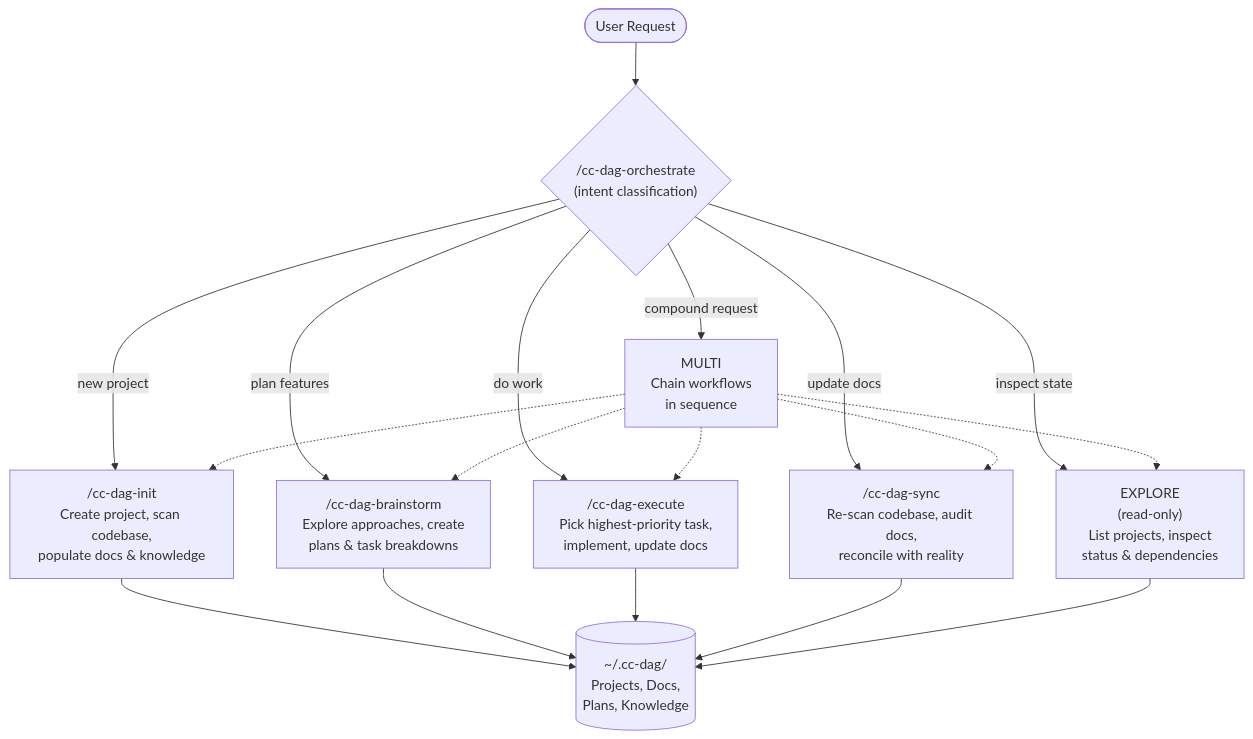
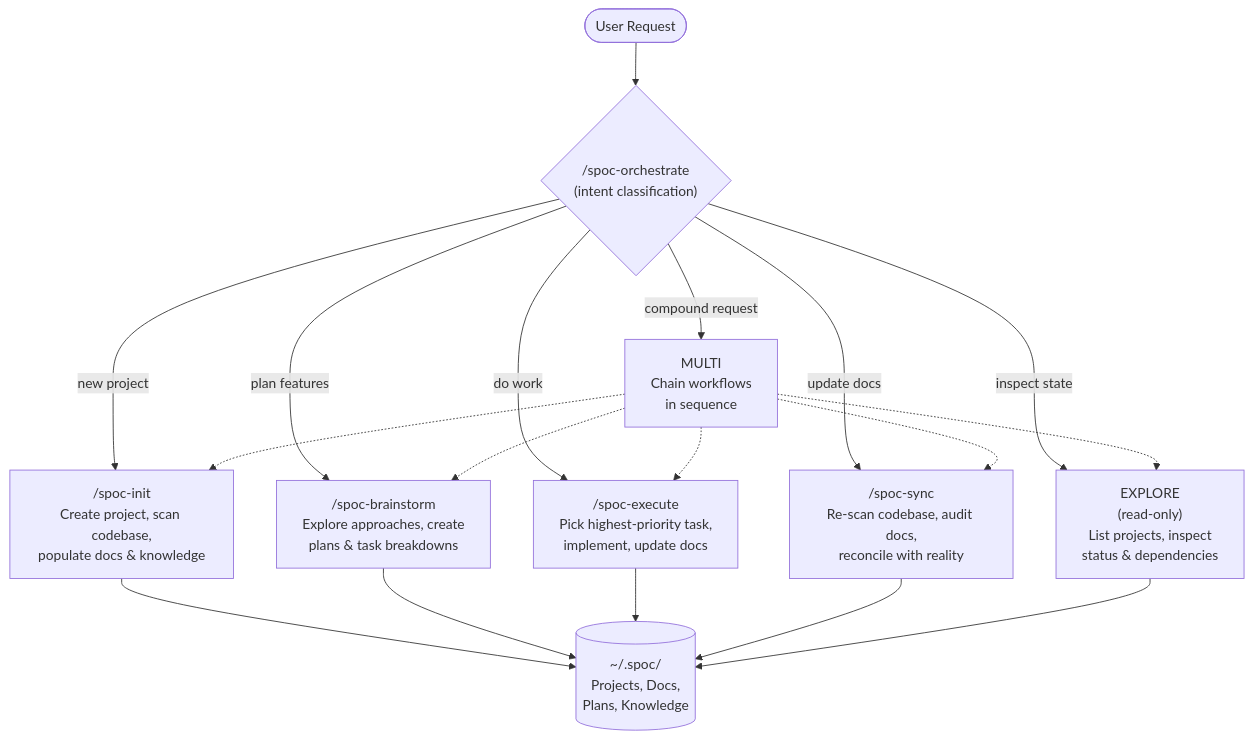
The diagram in README.md (rryando/SPOC), drawn with Mermaid before and after one commit. The commit also changed other lines of this file and 32 other files, not shown here.

Commit message:
rename project from cc-dag to spoc:

````diff
--- a/README.md
+++ b/README.md
@@ -154,33 +154,33 @@
 ```mermaid
 flowchart TD
     User([User Request])
-    Orch{"/cc-dag-orchestrate\n(intent classification)"}
-    Init["/cc-dag-init\nCreate project, scan codebase,\npopulate docs & knowledge"]
-    Brain["/cc-dag-brainstorm\nExplore approaches, create\nplans & task breakdowns"]
-    Exec["/cc-dag-execute\nPick highest-priority task,\nimplement, update docs"]
-    Sync["/cc-dag-sync\nRe-scan codebase, audit docs,\nreconcile with reality"]
+    Orch{"/spoc-orchestrate\n(intent classification)"}
+    Init["/spoc-init\nCreate project, scan codebase,\npopulate docs & knowledge"]
+    Brain["/spoc-brainstorm\nExplore approaches, create\nplans & task breakdowns"]
+    Exec["/spoc-execute\nPick highest-priority task,\nimplement, update docs"]
+    Sync["/spoc-sync\nRe-scan codebase, audit docs,\nreconcile with reality"]
     Explore["EXPLORE\n(read-only)\nList projects, inspect\nstatus & dependencies"]
     Multi["MULTI\nChain workflows\nin sequence"]
 
-    DAG[("~/.cc-dag/\nProjects, Docs,\nPlans, Knowledge")]
+    DAG[("~/.spoc/\nProjects, Docs,\nPlans, Knowledge")]
 
     User --> Orch
     Orch -- "new project" --> Init
     Orch -- "plan features" --> Brain
     Orch -- "do work" --> Exec
     Orch -- "update docs" --> Sync
     Orch -- "inspect state" --> Explore
     Orch -- "compound request" --> Multi
 
     Multi -.-> Init
     Multi -.-> Brain
     Multi -.-> Exec
     Multi -.-> Sync
     Multi -.-> Explore
 
     Init --> DAG
     Brain --> DAG
     Exec --> DAG
     Sync --> DAG
     Explore --> DAG
 ```
````
